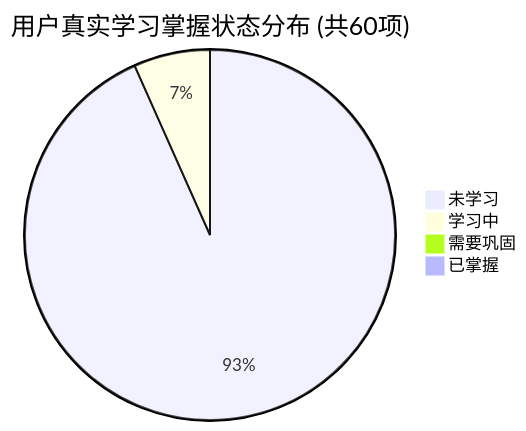
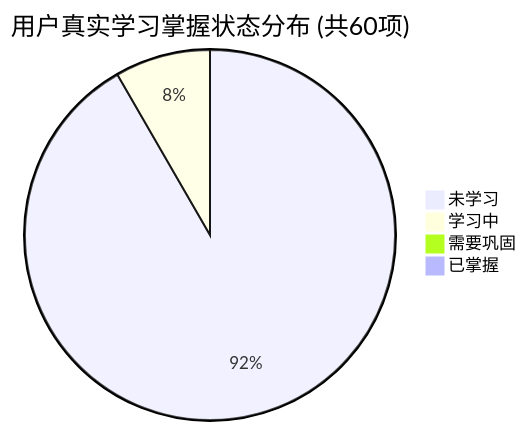
The first of 2 diagrams in PROGRESS.md (tieke1121/tech-interview-knowledge-base), drawn with Mermaid before and after one commit. The commit also changed other lines of this file and 1 other file, not shown here.

````diff
--- a/PROGRESS.md
+++ b/PROGRESS.md
@@ -27,7 +27,7 @@
 ```mermaid
 pie title 用户真实学习掌握状态分布 (共60项)
-    "未学习" : 56
-    "学习中" : 4
+    "未学习" : 55
+    "学习中" : 5
     "需要巩固" : 0
     "已掌握" : 0
 ```
````
